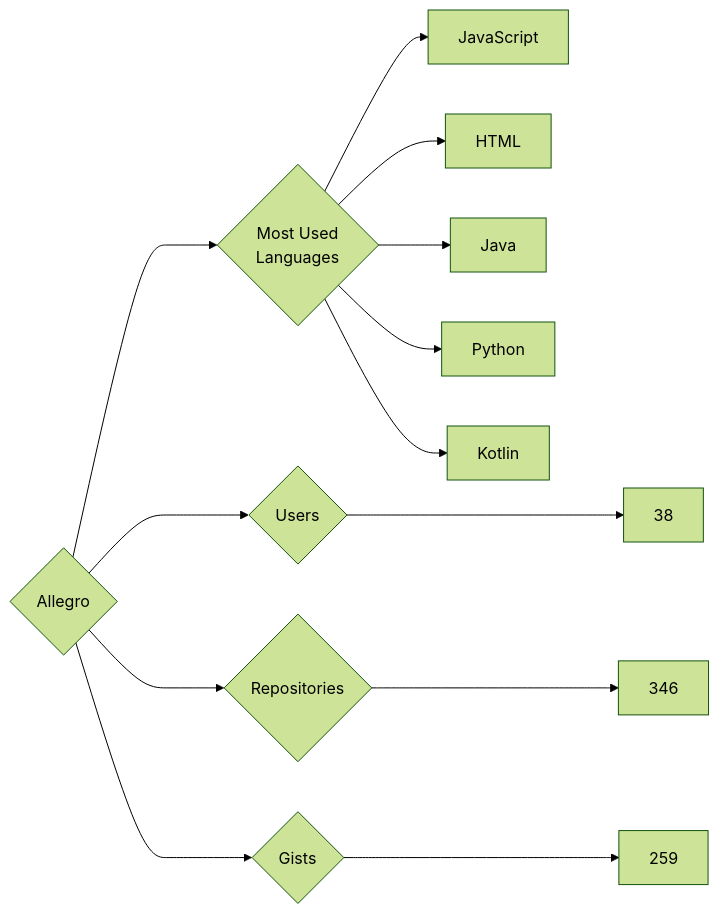
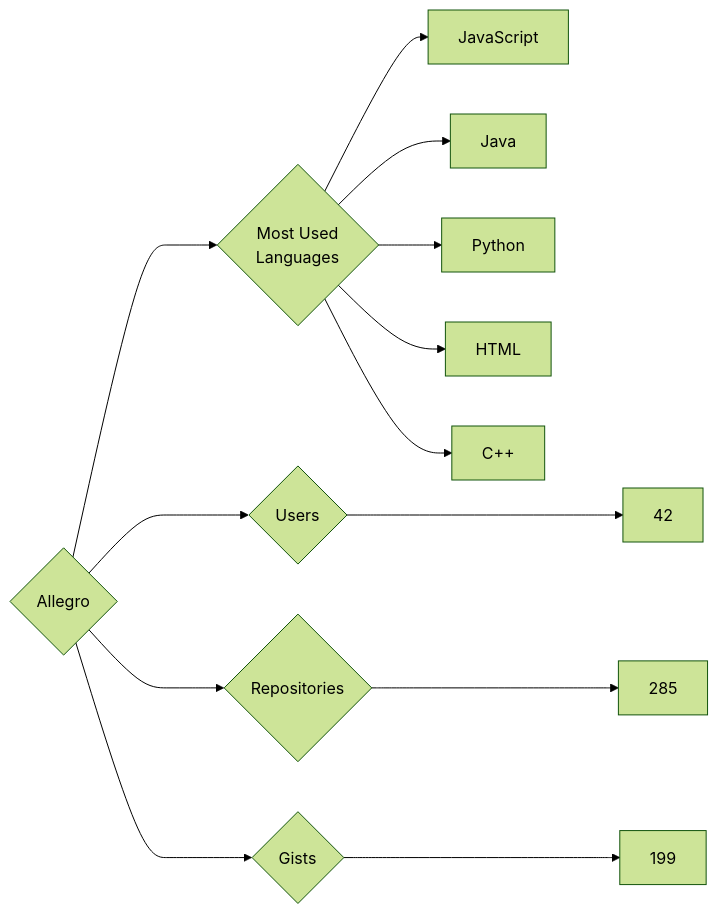
Before and after one commit to trickest/insiders: the diagram in targets/Allegro/README.md, drawn with Mermaid (forest theme). The commit also changed 772 other files, not shown here.

````diff
--- a/targets/Allegro/README.md
+++ b/targets/Allegro/README.md
@@ -3,13 +3,13 @@
 ```mermaid
 graph LR
 COMPANY_NAME{Allegro}
-COMPANY_NAME ---> U{Users} ---> UN[38]
-COMPANY_NAME ---> R{Repositories} ---> RN[346]
-COMPANY_NAME ---> G{Gists} ---> GN[259]
+COMPANY_NAME ---> U{Users} ---> UN[42]
+COMPANY_NAME ---> R{Repositories} ---> RN[285]
+COMPANY_NAME ---> G{Gists} ---> GN[199]
 COMPANY_NAME ---> ML{Most Used<br>Languages}
 ML --> JavaScript[JavaScript]
-ML --> HTML[HTML]
 ML --> Java[Java]
 ML --> Python[Python]
-ML --> Kotlin[Kotlin]
+ML --> HTML[HTML]
+ML --> C++[C++]
 ```
````
